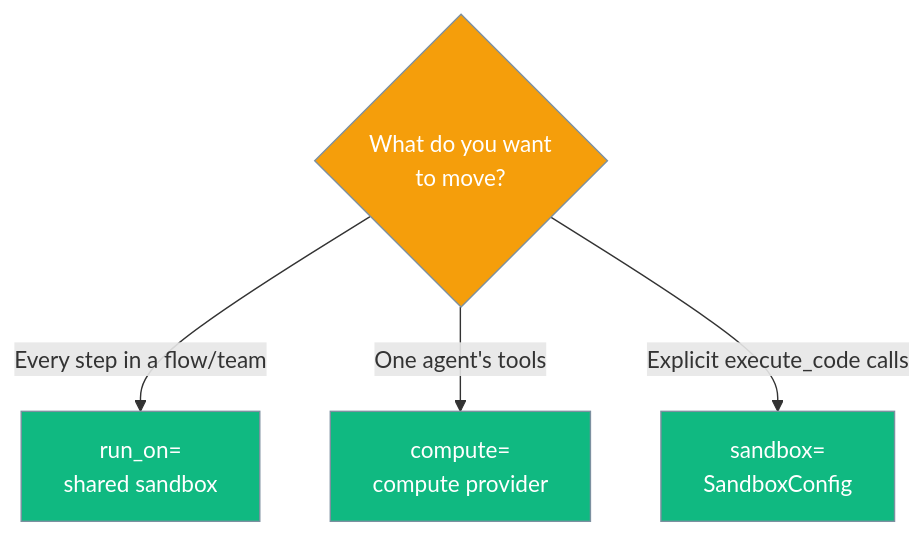
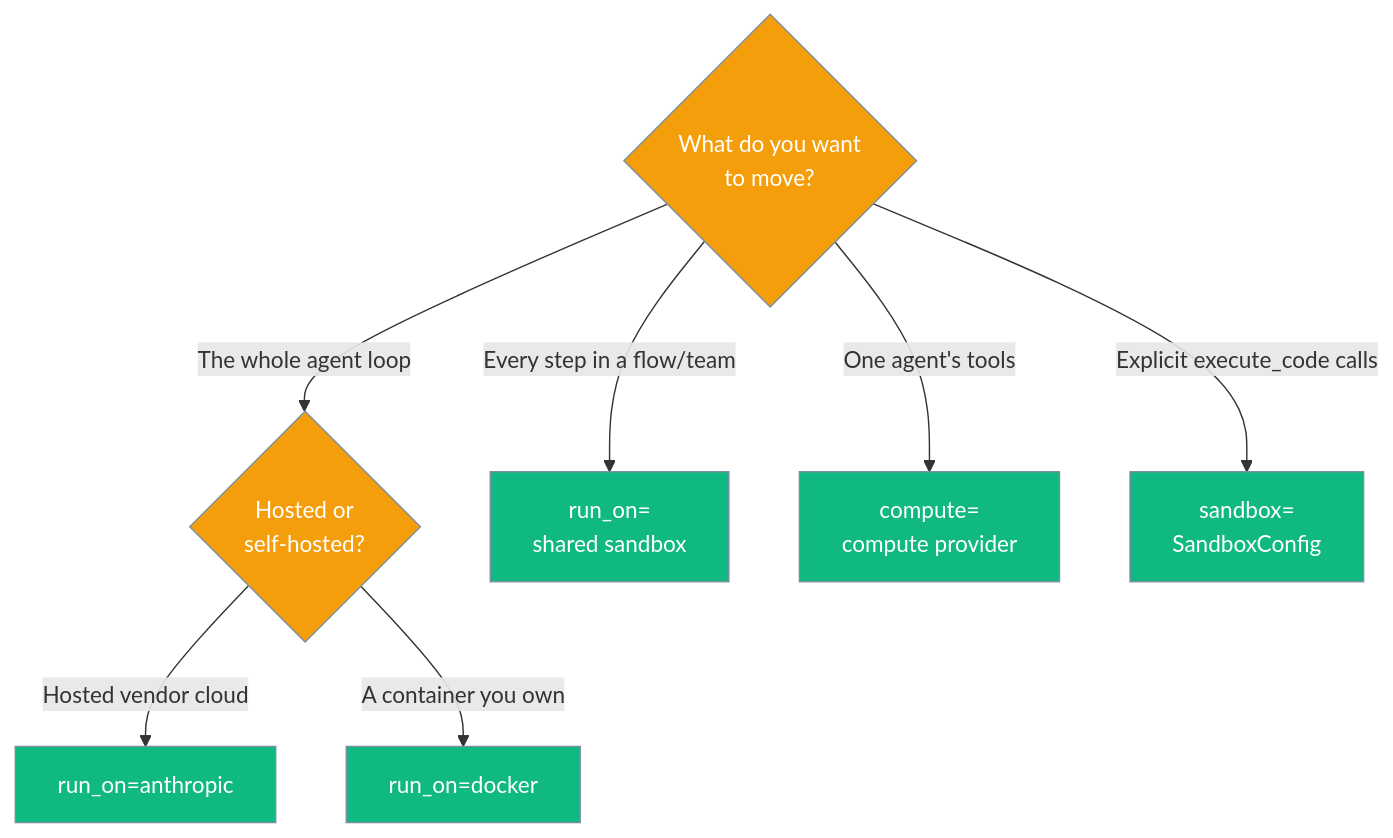
Before and after one commit to MervinPraison/PraisonAIDocs: the third of 3 diagrams in docs/features/placement.mdx, drawn with Mermaid. The commit also changed other lines of this file and 4 other files, not shown here.

First line of the commit message:
docs: add run_on="docker" self-hosted whole-agent page (fixes #3055)

````diff
--- a/docs/features/placement.mdx
+++ b/docs/features/placement.mdx
@@ -111,13 +111,16 @@
 ```mermaid
 graph TB
     Q{What do you want<br/>to move?}
+    Q -->|The whole agent loop| R{Hosted or<br/>self-hosted?}
+    R -->|Hosted vendor cloud| RA[run_on=anthropic]
+    R -->|A container you own| RD[run_on=docker]
     Q -->|Every step in a flow/team| A[run_on=<br/>shared sandbox]
     Q -->|One agent's tools| B[compute=<br/>compute provider]
     Q -->|Explicit execute_code calls| C[sandbox=<br/>SandboxConfig]
 
     classDef question fill:#F59E0B,stroke:#7C90A0,color:#fff
     classDef answer fill:#10B981,stroke:#7C90A0,color:#fff
 
-    class Q question
-    class A,B,C answer
+    class Q,R question
+    class A,B,C,RA,RD answer
 ```
````
